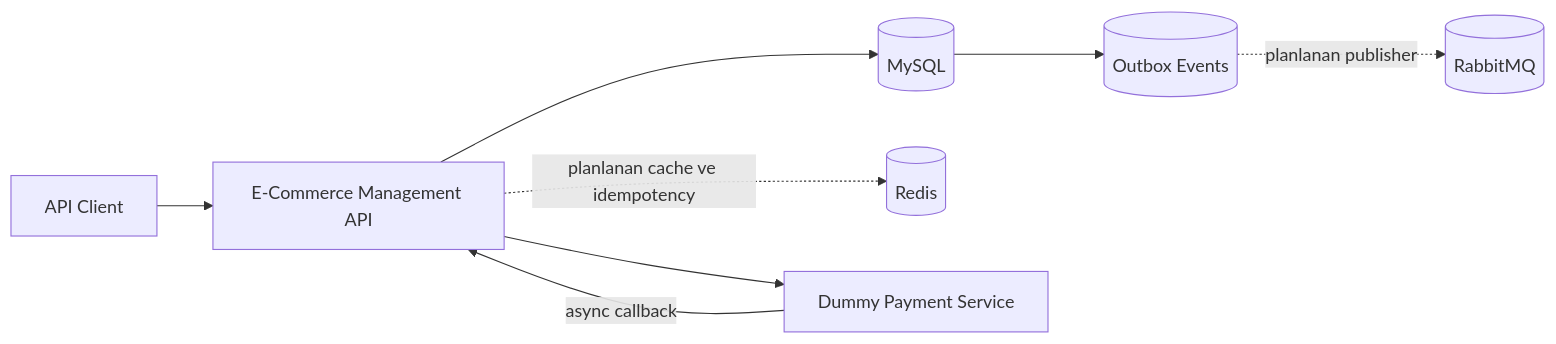
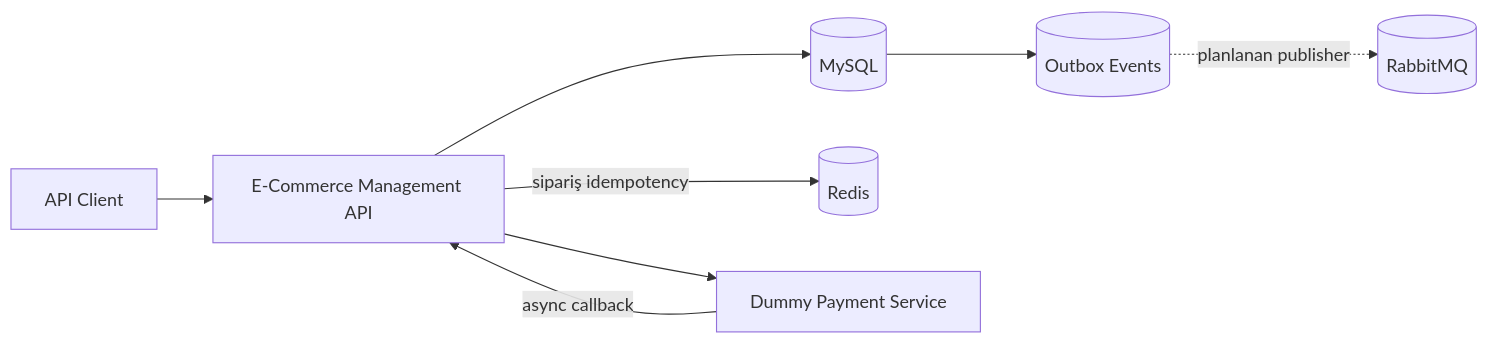
The diagram in README.md (berkeroner/ecommerce_management), drawn with Mermaid before and after one commit. The commit also changed other lines of this file and 10 other files, not shown here.

Commit message:
feat(order): add Redis-based idempotency for order creation

````diff
--- a/README.md
+++ b/README.md
@@ -46,10 +47,10 @@
 ```mermaid
 flowchart LR
     Client[API Client] --> API[E-Commerce Management API]
     API --> DB[(MySQL)]
-    API -. planlanan cache ve idempotency .-> Redis[(Redis)]
+    API -->|sipariş idempotency| Redis[(Redis)]
     DB --> Outbox[(Outbox Events)]
     Outbox -. planlanan publisher .-> RabbitMQ[(RabbitMQ)]
     API --> Payment[Dummy Payment Service]
     Payment -->|async callback| API
 ```
````
